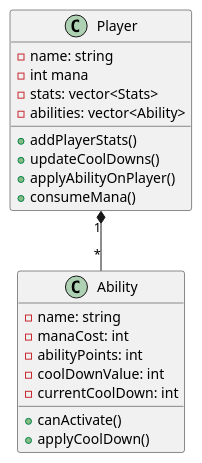
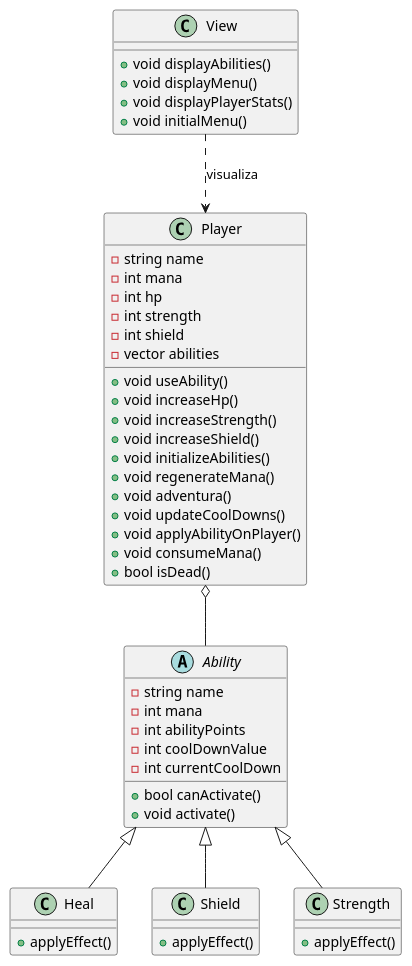
The diagram in skill-system/diagram.puml (Gustavo-Valadares/OOS-Trabalho-Tecnico-Estagio), drawn with PlantUML before and after one commit. The commit also changed 4 other files, not shown here.

Commit message:
refactor: alterando nomes e adicionando diagrama UML

```diff
--- a/skill-system/diagram.puml
+++ b/skill-system/diagram.puml
@@ -1,28 +1,64 @@
-@startuml
+@startuml SkillSystem
+
+abstract class Ability {
+    -string name
+    -int mana
+    -int abilityPoints
+    -int coolDownValue
+    -int currentCoolDown
+
+    + bool canActivate()
+    + void activate()
+}
+
+class Heal {
+    + applyEffect() 
+}
+
+class Shield {
+    + applyEffect() 
+}
+
+class Strength {
+    + applyEffect() 
+}
 
 class Player {
-    - name: string
+    - string name
     - int mana
-    - stats: vector<Stats>
-    - abilities: vector<Ability>
+    - int hp
+    - int strength
+    - int shield
+    - vector abilities
 
-    + addPlayerStats()
-    + updateCoolDowns()
-    + applyAbilityOnPlayer()
-    + consumeMana()
+    + void useAbility()
+    + void increaseHp()
+    + void increaseStrength()
+    + void increaseShield()
+    + void initializeAbilities()
+    + void regenerateMana()
+    + void adventura()
+    + void updateCoolDowns()
+    + void applyAbilityOnPlayer()
+    + void consumeMana()
+    + bool isDead()
+
 }
 
-class Ability {
-    - name: string
-    - manaCost: int
-    - abilityPoints: int
-    - coolDownValue: int
-    - currentCoolDown: int
+class View {
+    + void displayAbilities()
+    + void displayMenu()
+    + void displayPlayerStats()
+    + void initialMenu()
 
-    + canActivate()
-    + applyCoolDown()
 }
 
-Player "1" *-- "*" Ability
+' Relacionamentos baseados na estrutura de arquivos
+Ability <|-- Heal
+Ability <|-- Shield
+Ability <|-- Strength
+
+Player o-- Ability
+View ..> Player : "visualiza"
 
 @enduml
```
